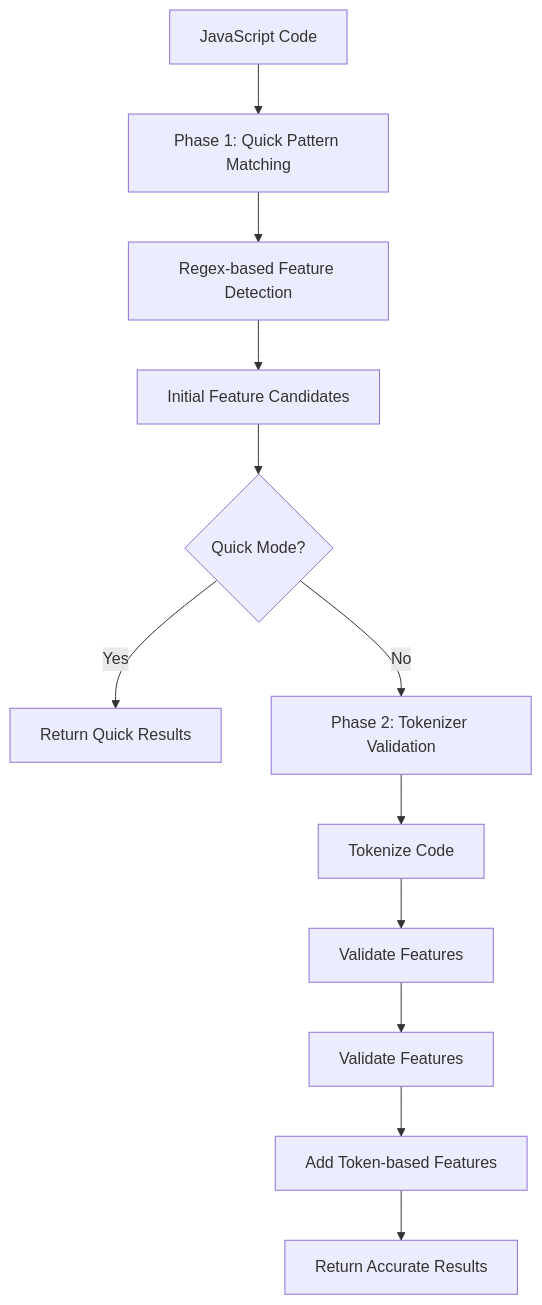
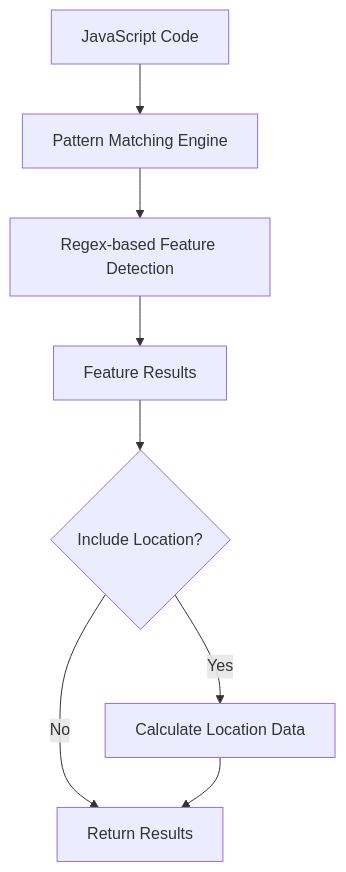
The first of 2 diagrams in site/src/content/docs/architecture.mdx (yowainwright/fast-brake), drawn with Mermaid before and after one commit. The commit also changed other lines of this file and 23 other files, not shown here.

````diff
--- a/site/src/content/docs/architecture.mdx
+++ b/site/src/content/docs/architecture.mdx
@@ -10,14 +10,10 @@
 ```mermaid
 graph TD
-    A[JavaScript Code] --> B[Phase 1: Quick Pattern Matching]
+    A[JavaScript Code] --> B[Pattern Matching Engine]
     B --> C[Regex-based Feature Detection]
-    C --> D[Initial Feature Candidates]
-    D --> E{Quick Mode?}
-    E -->|Yes| F[Return Quick Results]
-    E -->|No| G[Phase 2: Tokenizer Validation]
-    G --> H[Tokenize Code]
-    H --> I[Validate Features]
-    I --> J[Validate Features]
-    J --> K[Add Token-based Features]
-    K --> L[Return Accurate Results]
+    C --> D[Feature Results]
+    D --> E{Include Location?}
+    E -->|Yes| F[Calculate Location Data]
+    E -->|No| G[Return Results]
+    F --> G[Return Results]
 ```
````
